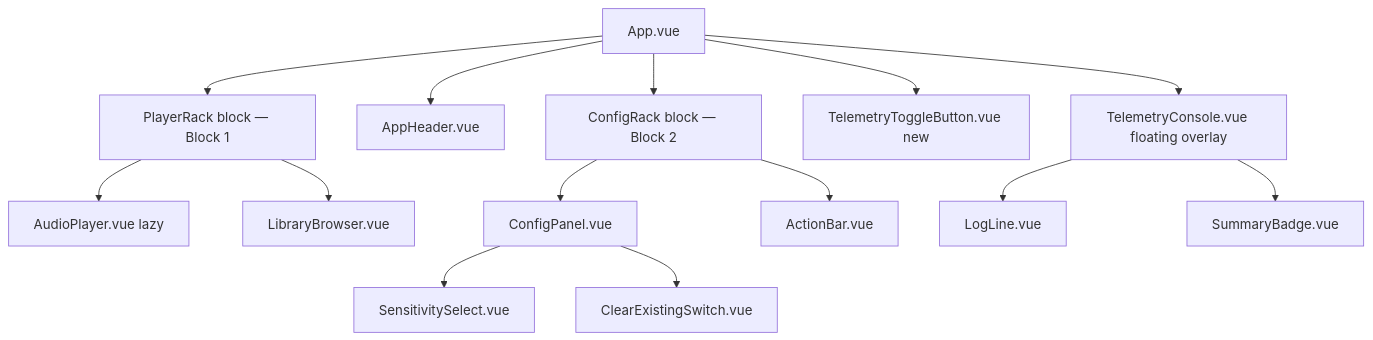
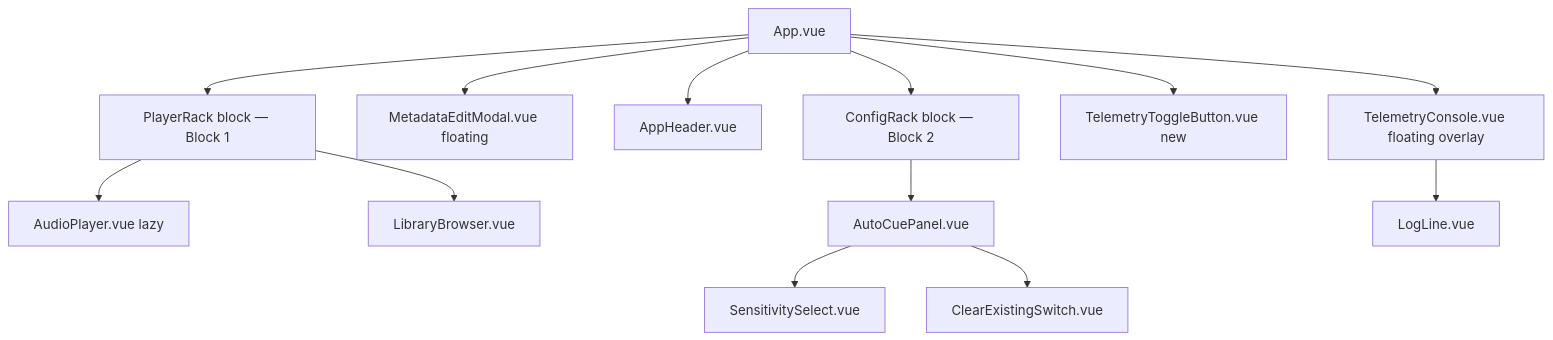
Before and after one commit to jesusguzmanjs/arka: the first of 3 diagrams in .openspec/3-gui-spec.md, drawn with Mermaid. The commit also changed other lines of this file and 64 other files, not shown here.

````diff
--- a/.openspec/3-gui-spec.md
+++ b/.openspec/3-gui-spec.md
@@ -141,16 +354,15 @@
 ```mermaid
 graph TD
     A[App.vue] --> R[PlayerRack block — Block 1]
     R --> P[AudioPlayer.vue lazy]
     R --> LB[LibraryBrowser.vue]
+    A --> MEM[MetadataEditModal.vue floating]
     A --> B[AppHeader.vue]
     A --> C[ConfigRack block — Block 2]
-    C --> C0[ConfigPanel.vue]
-    C --> D[ActionBar.vue]
+    C --> C0[AutoCuePanel.vue]
     A --> TB[TelemetryToggleButton.vue new]
     A --> E[TelemetryConsole.vue floating overlay]
     C0 --> C3[SensitivitySelect.vue]
     C0 --> C4[ClearExistingSwitch.vue]
     E --> E1[LogLine.vue]
-    E --> E2[SummaryBadge.vue]
 ```
````
